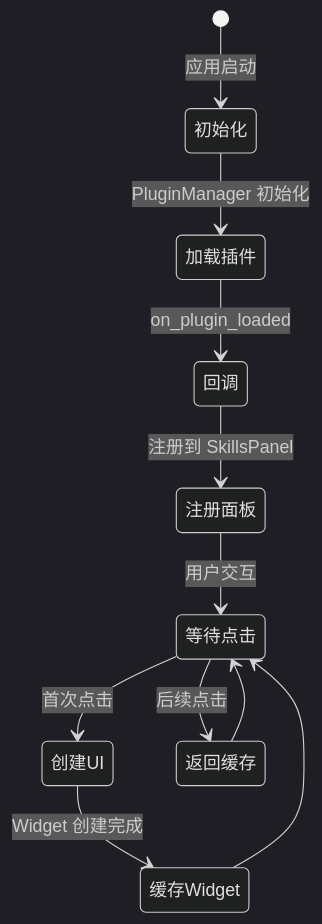
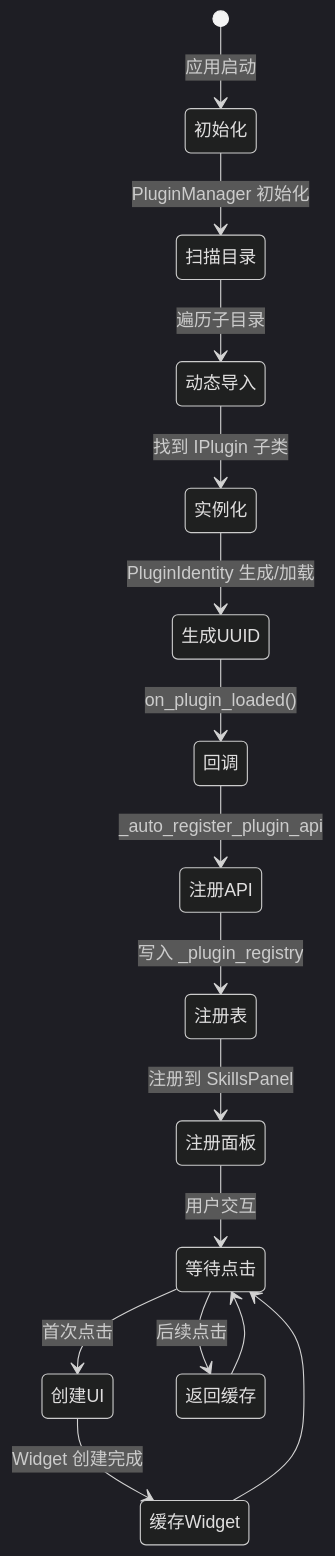
The fifth of 5 diagrams in docs/core/plugin-system/overview.md (KKPIP-Tech/InstructionX), drawn with Mermaid (dark theme) before and after one commit. The commit also changed other lines of this file and 28 other files, not shown here.

````diff
--- a/docs/core/plugin-system/overview.md
+++ b/docs/core/plugin-system/overview.md
@@ -257,13 +265,18 @@
 ```mermaid
 stateDiagram-v2
     [*] --> 初始化: 应用启动
-    初始化 --> 加载插件: PluginManager 初始化
-    加载插件 --> 回调: on_plugin_loaded
-    回调 --> 注册面板: 注册到 SkillsPanel
+    初始化 --> 扫描目录: PluginManager 初始化
+    扫描目录 --> 动态导入: 遍历子目录
+    动态导入 --> 实例化: 找到 IPlugin 子类
+    实例化 --> 生成UUID: PluginIdentity 生成/加载
+    生成UUID --> 回调: on_plugin_loaded()
+    回调 --> 注册API: _auto_register_plugin_api
+    注册API --> 注册表: 写入 _plugin_registry
+    注册表 --> 注册面板: 注册到 SkillsPanel
     注册面板 --> 等待点击: 用户交互
     等待点击 --> 创建UI: 首次点击
     等待点击 --> 返回缓存: 后续点击
     创建UI --> 缓存Widget: Widget 创建完成
     缓存Widget --> 等待点击
     返回缓存 --> 等待点击
 ```
````
